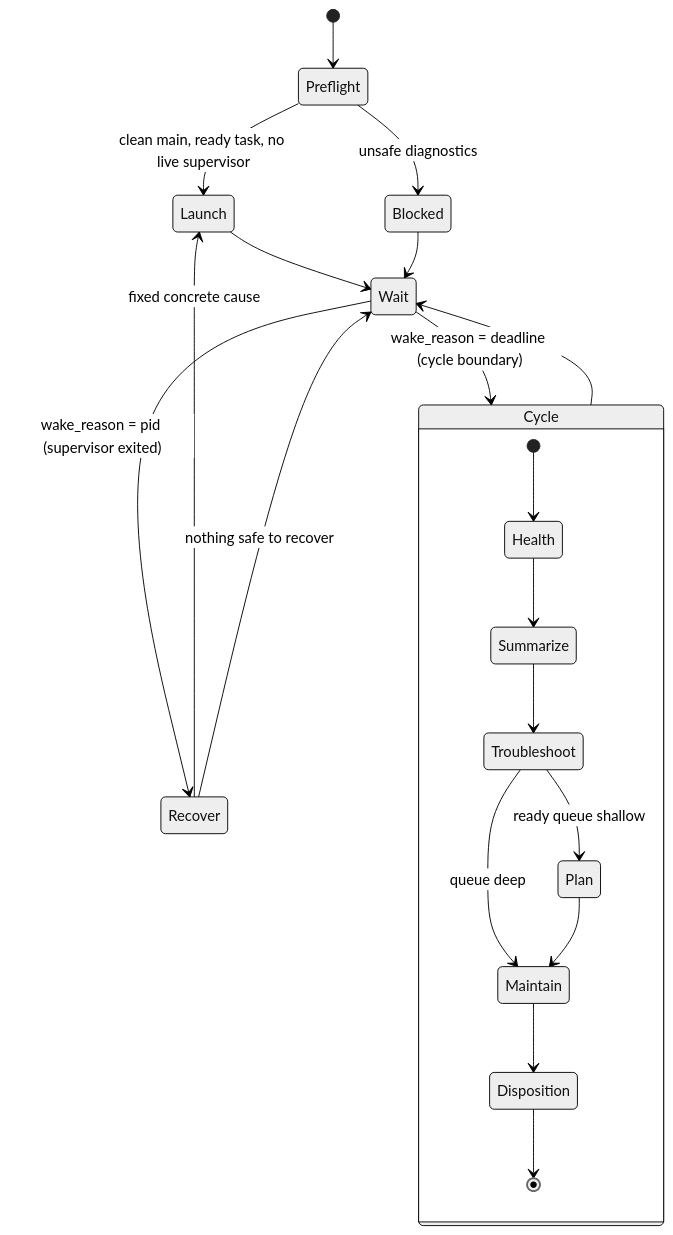
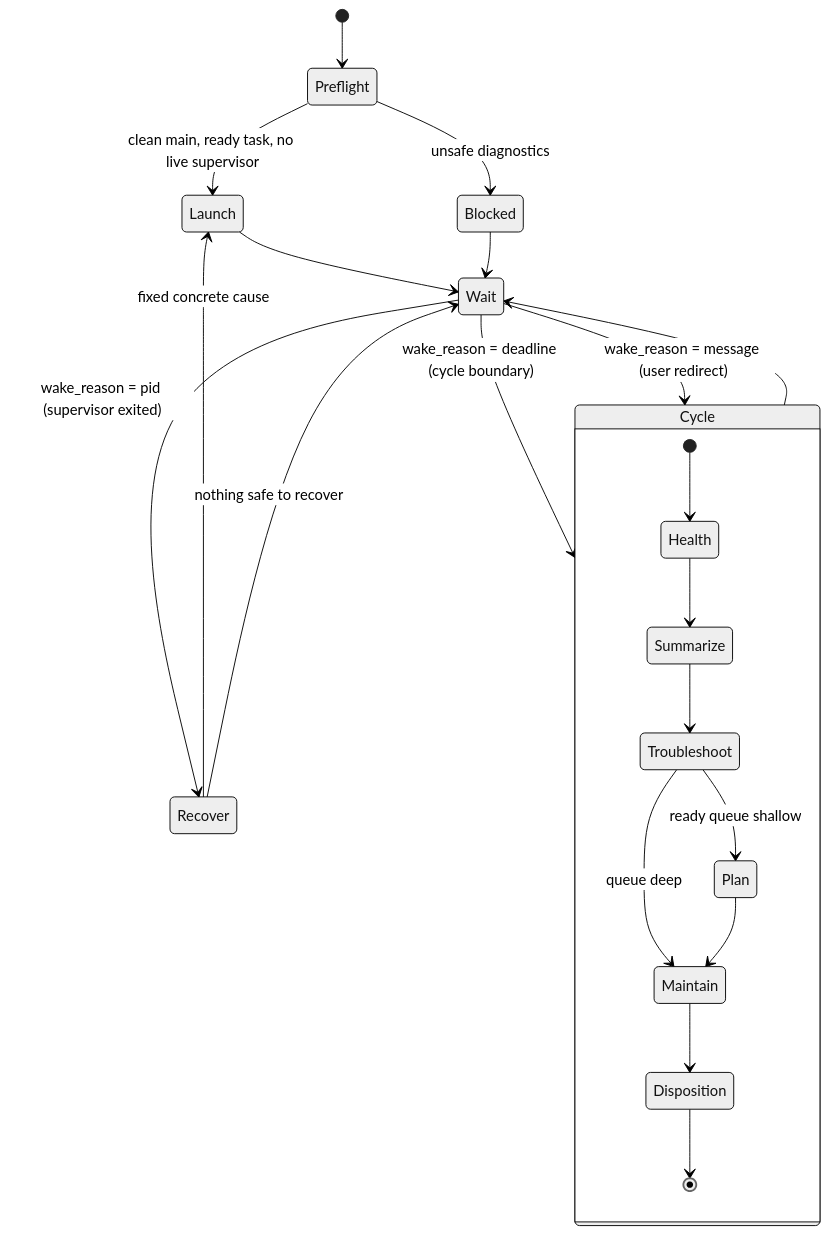
The sixth of 6 diagrams in docs/skill-work-modes.md (ei-grad/vibe-loop), drawn with Mermaid (neutral theme) before and after one commit. The commit also changed 8 other files, not shown here.

First line of the commit message:
feat: wake wait-helper on direct user messages

````diff
--- a/docs/skill-work-modes.md
+++ b/docs/skill-work-modes.md
@@ -183,26 +183,27 @@
 ```mermaid
 stateDiagram-v2
     [*] --> Preflight
     Preflight --> Launch: clean main, ready task, no live supervisor
     Preflight --> Blocked: unsafe diagnostics
     Launch --> Wait
     Blocked --> Wait
 
     Wait --> Cycle: wake_reason = deadline (cycle boundary)
     Wait --> Recover: wake_reason = pid (supervisor exited)
+    Wait --> Cycle: wake_reason = message (user redirect)
 
     state Cycle {
         [*] --> Health
         Health --> Summarize
         Summarize --> Troubleshoot
         Troubleshoot --> Plan: ready queue shallow
         Troubleshoot --> Maintain: queue deep
         Plan --> Maintain
         Maintain --> Disposition
         Disposition --> [*]
     }
     Cycle --> Wait
 
     Recover --> Launch: fixed concrete cause
     Recover --> Wait: nothing safe to recover
 ```
````
